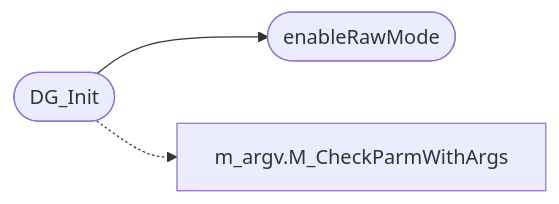
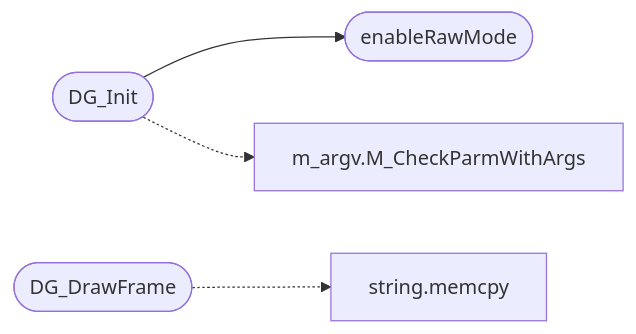
One commit to grisuno/miniOS changed the diagram in readmenator-apidocs/modules/progs.doomgeneric.doomgeneric_soso.c.md. Above: the diagram before and after it, drawn with Mermaid. The commit also changed other lines of this file and 222 other files, not shown here.

````diff
--- a/readmenator-apidocs/modules/progs.doomgeneric.doomgeneric_soso.c.md
+++ b/readmenator-apidocs/modules/progs.doomgeneric.doomgeneric_soso.c.md
@@ -17,8 +17,11 @@
 ```mermaid
 flowchart LR
     n_progs_doomgeneric_doomgeneric_soso_c__DG_Init(["DG_Init"])
     n_progs_doomgeneric_doomgeneric_soso_c__enableRawMode(["enableRawMode"])
     n_progs_doomgeneric_m_argv_h__M_CheckParmWithArgs["m_argv.M_CheckParmWithArgs"]
+    n_progs_doomgeneric_doomgeneric_soso_c__DG_DrawFrame(["DG_DrawFrame"])
+    n_kernel_string_c__memcpy["string.memcpy"]
     n_progs_doomgeneric_doomgeneric_soso_c__DG_Init --> n_progs_doomgeneric_doomgeneric_soso_c__enableRawMode
     n_progs_doomgeneric_doomgeneric_soso_c__DG_Init -.-> n_progs_doomgeneric_m_argv_h__M_CheckParmWithArgs
+    n_progs_doomgeneric_doomgeneric_soso_c__DG_DrawFrame -.-> n_kernel_string_c__memcpy
 ```
````
